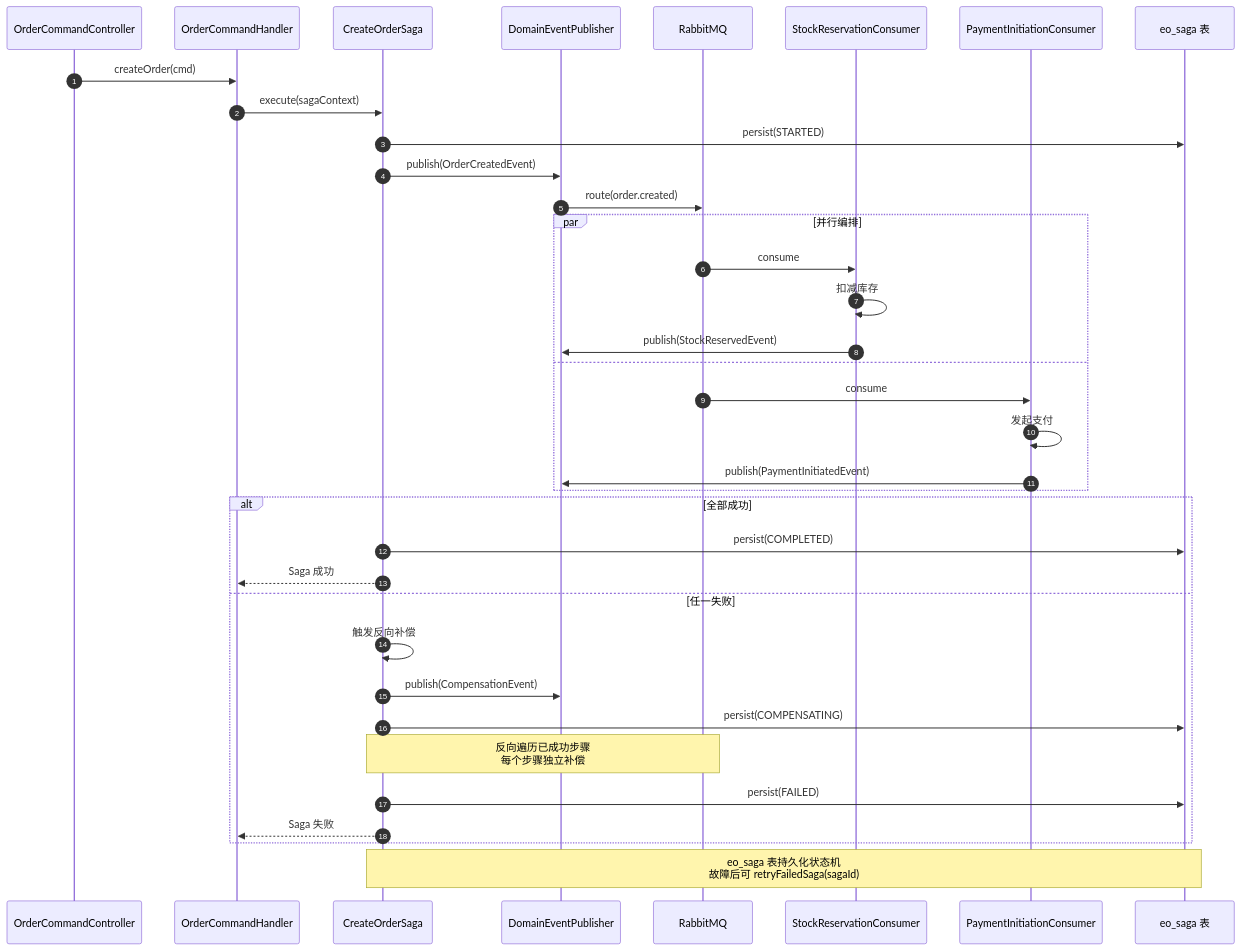
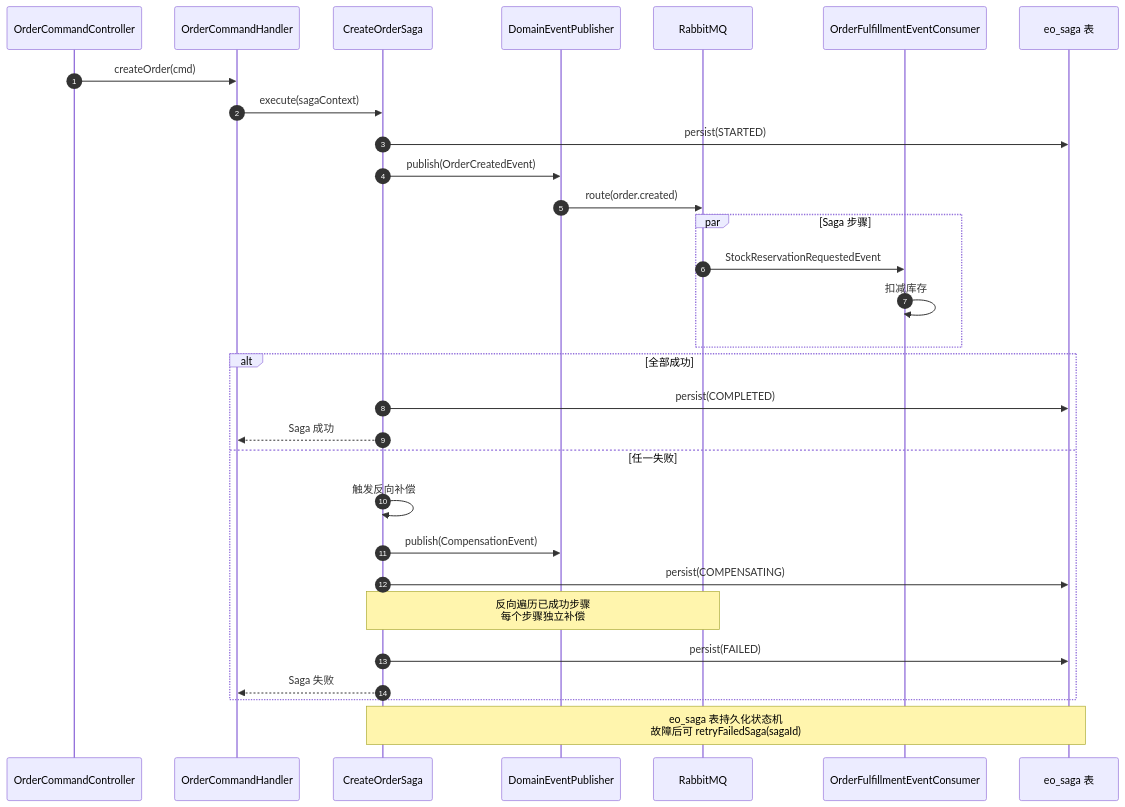
One commit to 471292781/EasyOrange changed the third of 3 diagrams in README.md. Above: the diagram before and after it, drawn with Mermaid. The commit also changed other lines of this file and 76 other files, not shown here.

````diff
--- a/README.md
+++ b/README.md
@@ -126,42 +126,36 @@
 ```mermaid
 sequenceDiagram
     autonumber
     participant C as OrderCommandController
     participant H as OrderCommandHandler
     participant S as CreateOrderSaga
     participant P as DomainEventPublisher
     participant MQ as RabbitMQ
-    participant SC as StockReservationConsumer
-    participant PC as PaymentInitiationConsumer
+    participant FC as OrderFulfillmentEventConsumer
     participant DB as eo_saga 表
 
     C->>H: createOrder(cmd)
     H->>S: execute(sagaContext)
     S->>DB: persist(STARTED)
     S->>P: publish(OrderCreatedEvent)
     P->>MQ: route(order.created)
 
-    par 并行编排
-        MQ->>SC: consume
-        SC->>SC: 扣减库存
-        SC->>P: publish(StockReservedEvent)
-    and
-        MQ->>PC: consume
-        PC->>PC: 发起支付
-        PC->>P: publish(PaymentInitiatedEvent)
+    par Saga 步骤
+        MQ->>FC: StockReservationRequestedEvent
+        FC->>FC: 扣减库存
     end
 
     alt 全部成功
         S->>DB: persist(COMPLETED)
         S-->>H: Saga 成功
     else 任一失败
         S->>S: 触发反向补偿
         S->>P: publish(CompensationEvent)
         S->>DB: persist(COMPENSATING)
         Note over S,MQ: 反向遍历已成功步骤<br/>每个步骤独立补偿
         S->>DB: persist(FAILED)
         S-->>H: Saga 失败
     end
 
     Note over S,DB: eo_saga 表持久化状态机<br/>故障后可 retryFailedSaga(sagaId)
 ```
````
